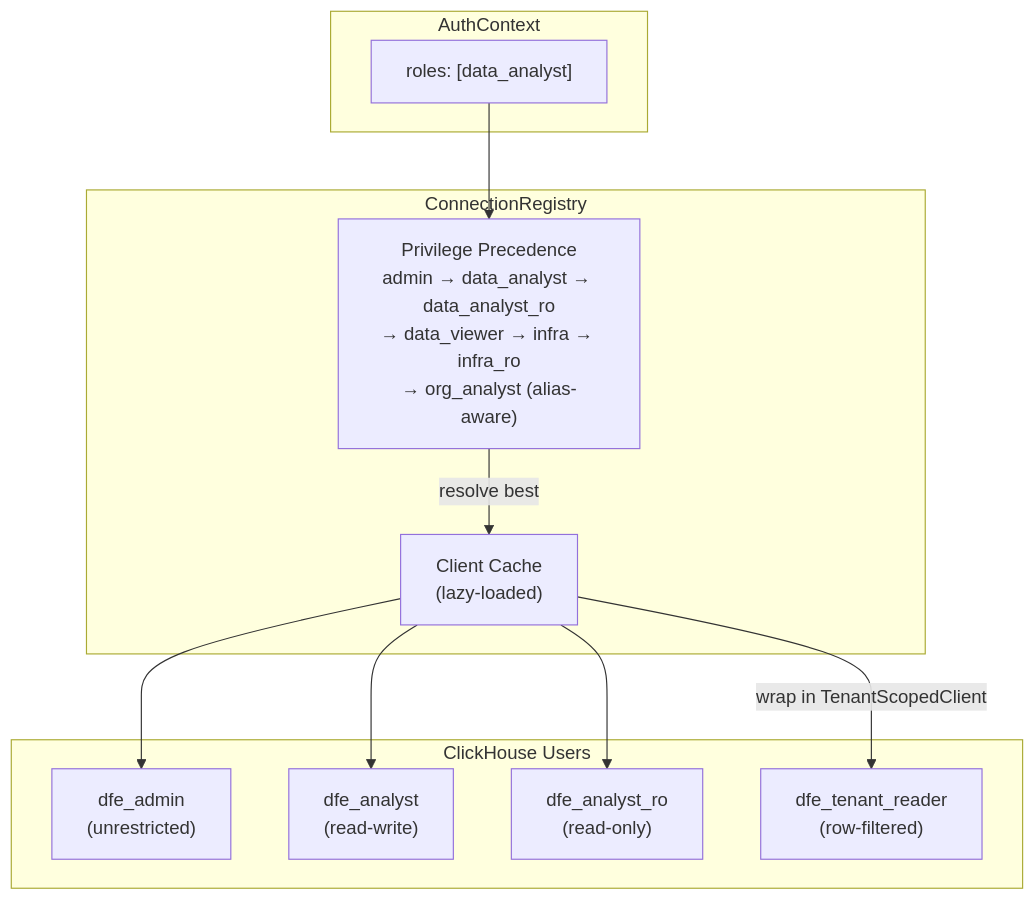
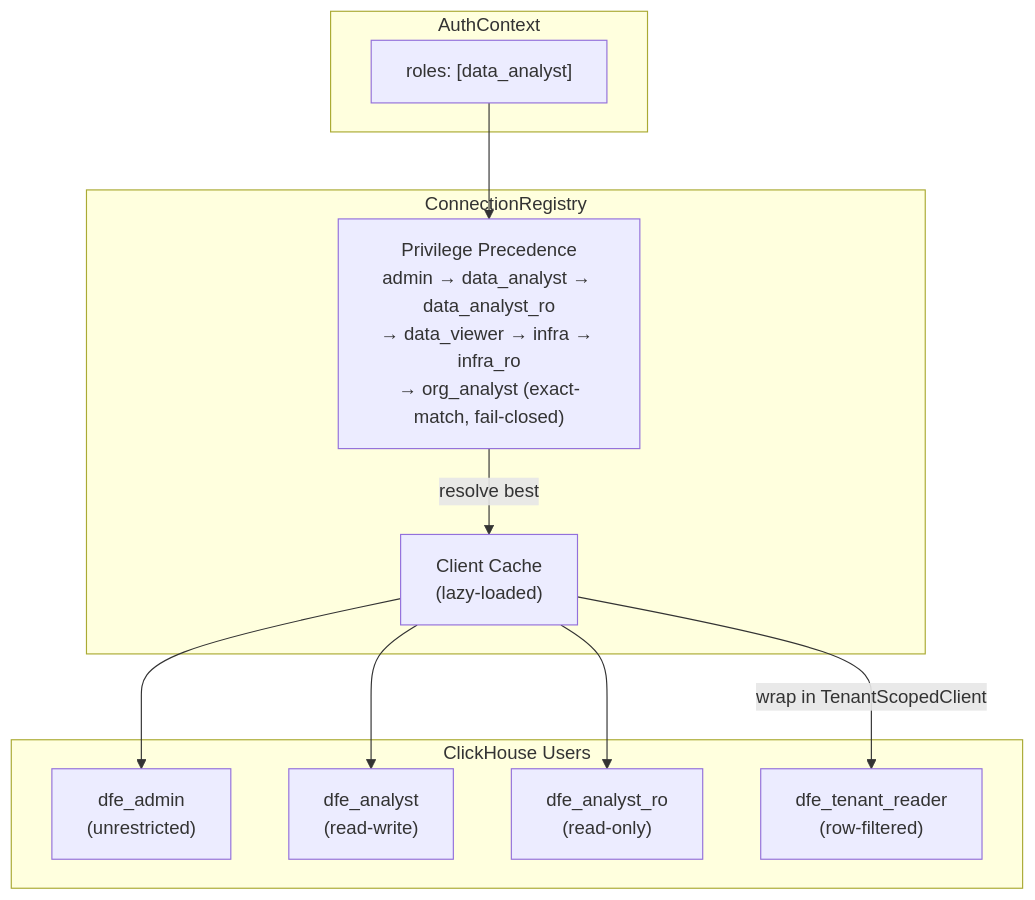
Before and after one commit to hyperi-io/dfe-engine: the ninth of 14 diagrams in docs/RBAC.md, drawn with Mermaid. The commit also changed other lines of this file and 11 other files, not shown here.

First line of the commit message:
docs: reconcile CLI/architecture docs; add docker-dev guide

````diff
--- a/docs/RBAC.md
+++ b/docs/RBAC.md
@@ -797,25 +807,25 @@
 ```mermaid
 flowchart TD
     subgraph "AuthContext"
         ROLES["roles: [data_analyst]"]
     end
 
     subgraph "ConnectionRegistry"
-        PREC["Privilege Precedence<br/>admin → data_analyst → data_analyst_ro<br/>→ data_viewer → infra → infra_ro<br/>→ org_analyst (alias-aware)"]
+        PREC["Privilege Precedence<br/>admin → data_analyst → data_analyst_ro<br/>→ data_viewer → infra → infra_ro<br/>→ org_analyst (exact-match, fail-closed)"]
         CACHE["Client Cache<br/>(lazy-loaded)"]
     end
 
     subgraph "ClickHouse Users"
         ADMIN_CH["dfe_admin<br/>(unrestricted)"]
         ANALYST_CH["dfe_analyst<br/>(read-write)"]
         RO_CH["dfe_analyst_ro<br/>(read-only)"]
         TENANT_CH["dfe_tenant_reader<br/>(row-filtered)"]
     end
 
     ROLES --> PREC
     PREC -->|resolve best| CACHE
     CACHE --> ADMIN_CH
     CACHE --> ANALYST_CH
     CACHE --> RO_CH
     CACHE -->|wrap in TenantScopedClient| TENANT_CH
 ```
````
